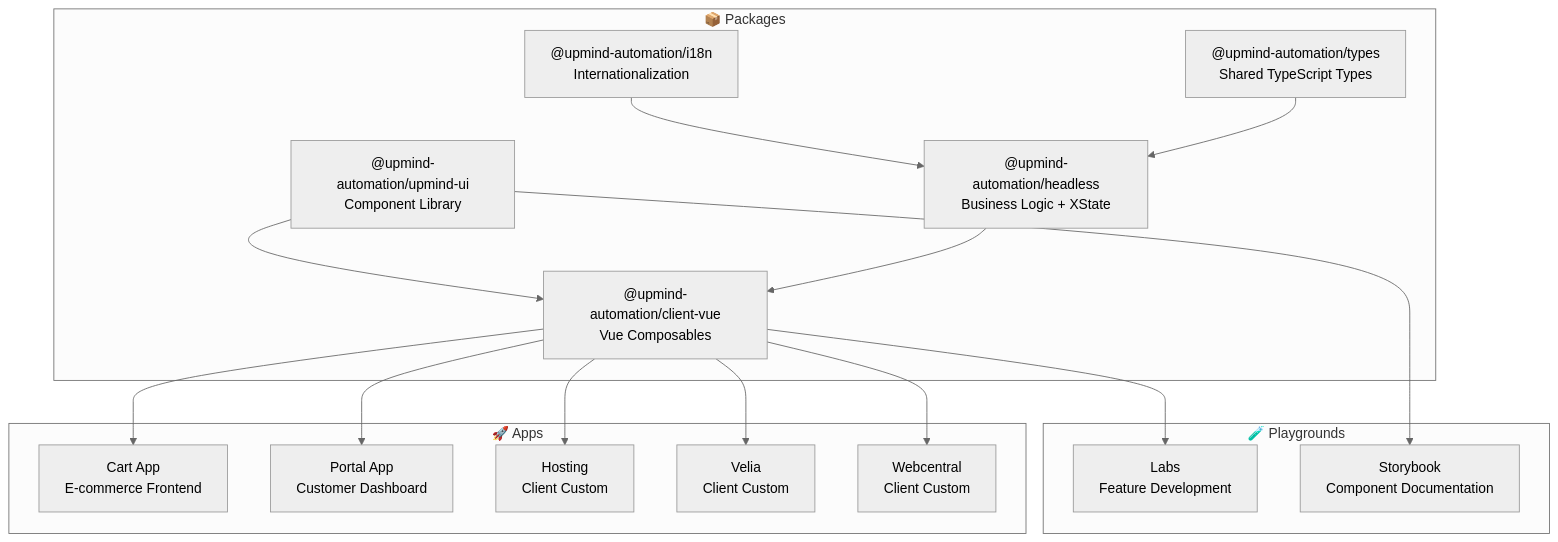
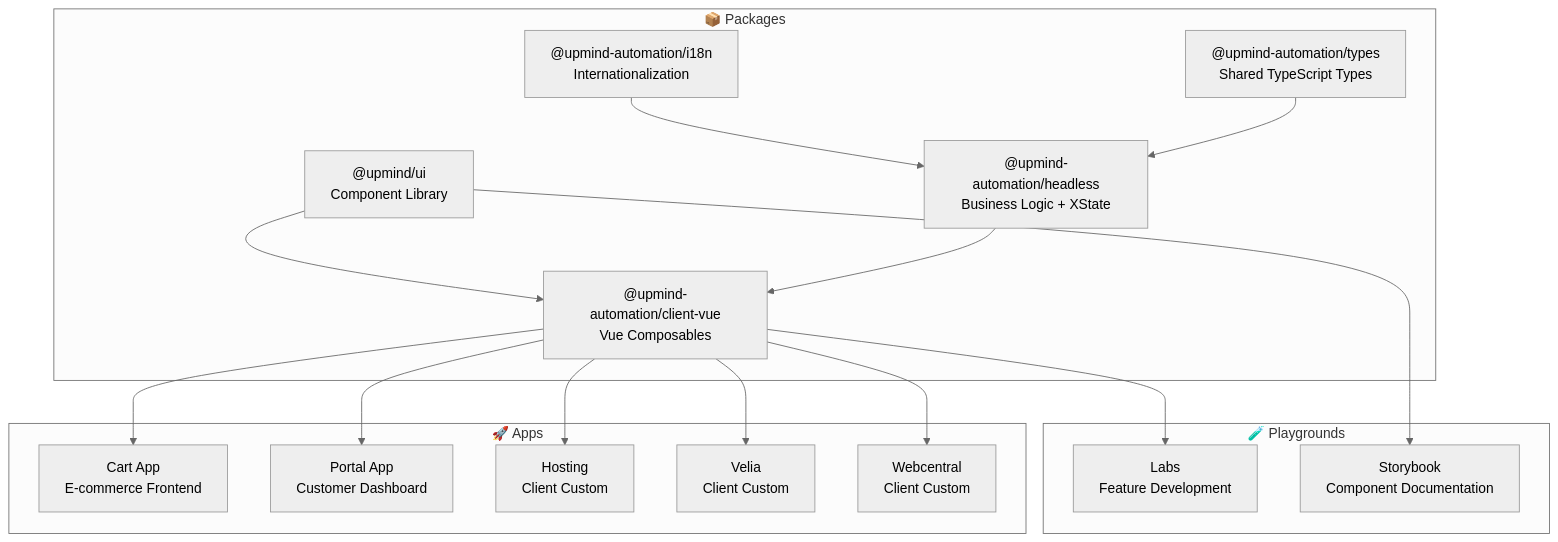
The first of 2 diagrams in docs/ANALYSIS.md (upmind/upmind-ui), drawn with Mermaid (neutral theme) before and after one commit. The commit also changed other lines of this file and 1014 other files, not shown here.

````diff
--- a/docs/ANALYSIS.md
+++ b/docs/ANALYSIS.md
@@ -38,37 +38,37 @@
 ```mermaid
 graph TB
     subgraph "📦 Packages"
         types["@upmind-automation/types<br/>Shared TypeScript Types"]
         i18n["@upmind-automation/i18n<br/>Internationalization"]
         headless["@upmind-automation/headless<br/>Business Logic + XState"]
         clientVue["@upmind-automation/client-vue<br/>Vue Composables"]
-        ui["@upmind-automation/upmind-ui<br/>Component Library"]
+        ui["@upmind/ui<br/>Component Library"]
     end
     
     subgraph "🚀 Apps"
         cart["Cart App<br/>E-commerce Frontend"]
         portal["Portal App<br/>Customer Dashboard"]
         hosting["Hosting<br/>Client Custom"]
         velia["Velia<br/>Client Custom"]
         webcentral["Webcentral<br/>Client Custom"]
     end
     
     subgraph "🧪 Playgrounds"
         labs["Labs<br/>Feature Development"]
         storybook["Storybook<br/>Component Documentation"]
     end
     
     types --> headless
     i18n --> headless
     headless --> clientVue
     ui --> clientVue
     
     clientVue --> cart
     clientVue --> portal
     clientVue --> labs
     ui --> storybook
     
     clientVue --> hosting
     clientVue --> velia
     clientVue --> webcentral
 ```
````
